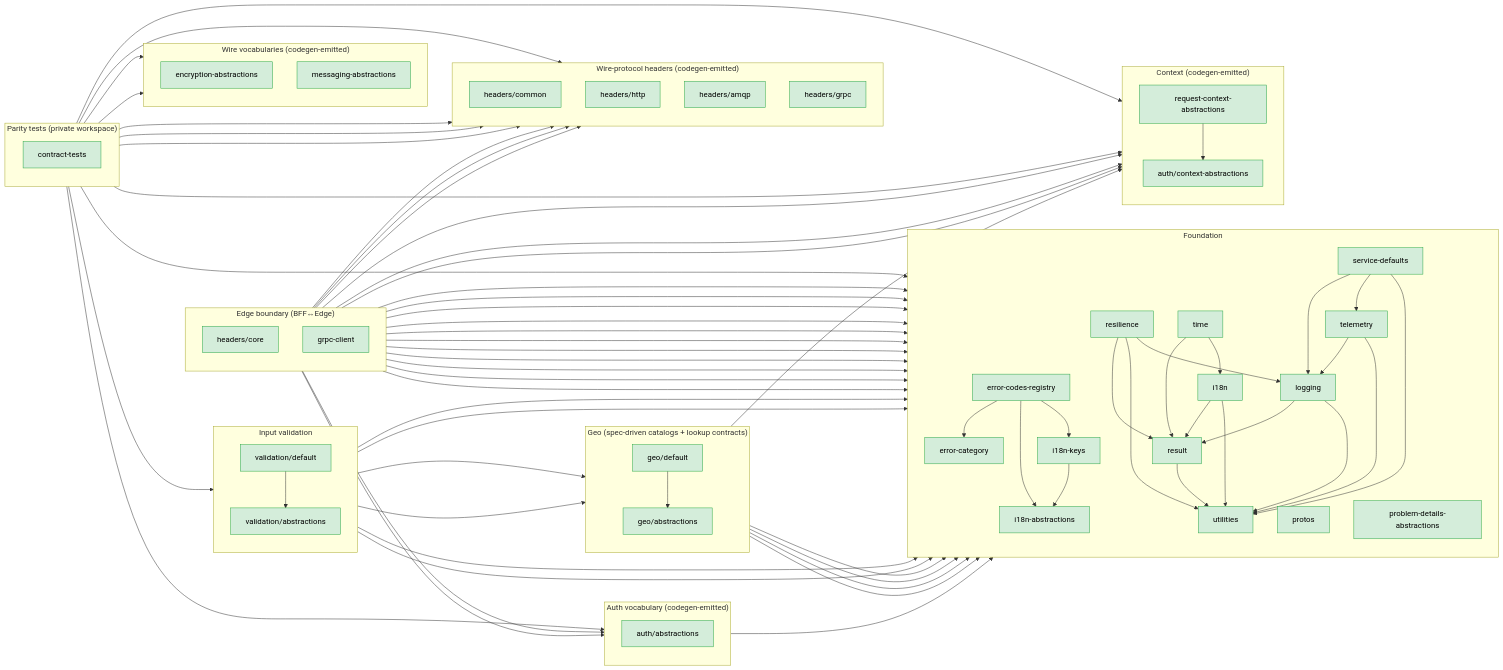
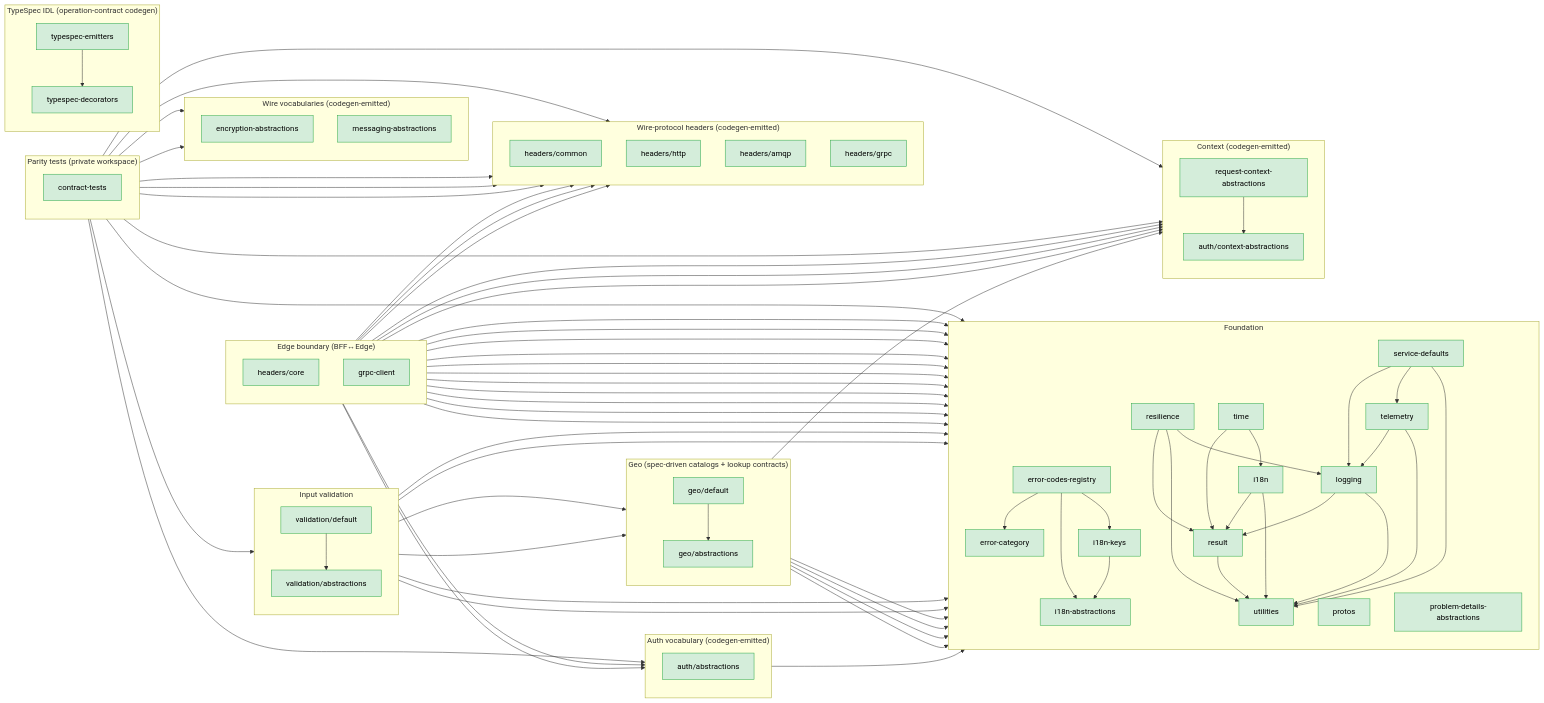
One commit to DSCV-io/D2-WORX changed the diagram in server/shared/typescript/README.md. Above: the diagram before and after it, drawn with Mermaid. The commit also changed other lines of this file and 65 other files, not shown here.

Commit message:
fix(typespec-emitters): final-review remediation — leaked-ID strip + source-label guard, doc-parity, conventions, test hardening

````diff
--- a/server/shared/typescript/README.md
+++ b/server/shared/typescript/README.md
@@ -204,5 +206,13 @@
     ServiceDefaults --> Telemetry
     ServiceDefaults --> Utilities
 
-    class Result,Utilities,Resilience,I18n,Logging,Telemetry,ServiceDefaults,Protos,Time,ErrorCategory,I18nAbs,I18nKeys,ErrorCodesRegistry,ProblemDetailsAbs,AuthCtxAbs,ReqCtxAbs,AuthAbs,HeadersCommon,HeadersHttp,HeadersAmqp,HeadersGrpc,EncryptionAbs,MessagingAbs,Headers,GrpcClient,ContractTests,GeoAbs,GeoDefault,ValidationAbs,ValidationDefault built
+    subgraph TYPESPEC["TypeSpec IDL (operation-contract codegen)"]
+        direction TB
+        TypespecDecorators[typespec-decorators]
+        TypespecEmitters[typespec-emitters]
+
+        TypespecEmitters --> TypespecDecorators
+    end
+
+    class Result,Utilities,Resilience,I18n,Logging,Telemetry,ServiceDefaults,Protos,Time,ErrorCategory,I18nAbs,I18nKeys,ErrorCodesRegistry,ProblemDetailsAbs,AuthCtxAbs,ReqCtxAbs,AuthAbs,HeadersCommon,HeadersHttp,HeadersAmqp,HeadersGrpc,EncryptionAbs,MessagingAbs,Headers,GrpcClient,ContractTests,GeoAbs,GeoDefault,ValidationAbs,ValidationDefault,TypespecDecorators,TypespecEmitters built
 ```
````
